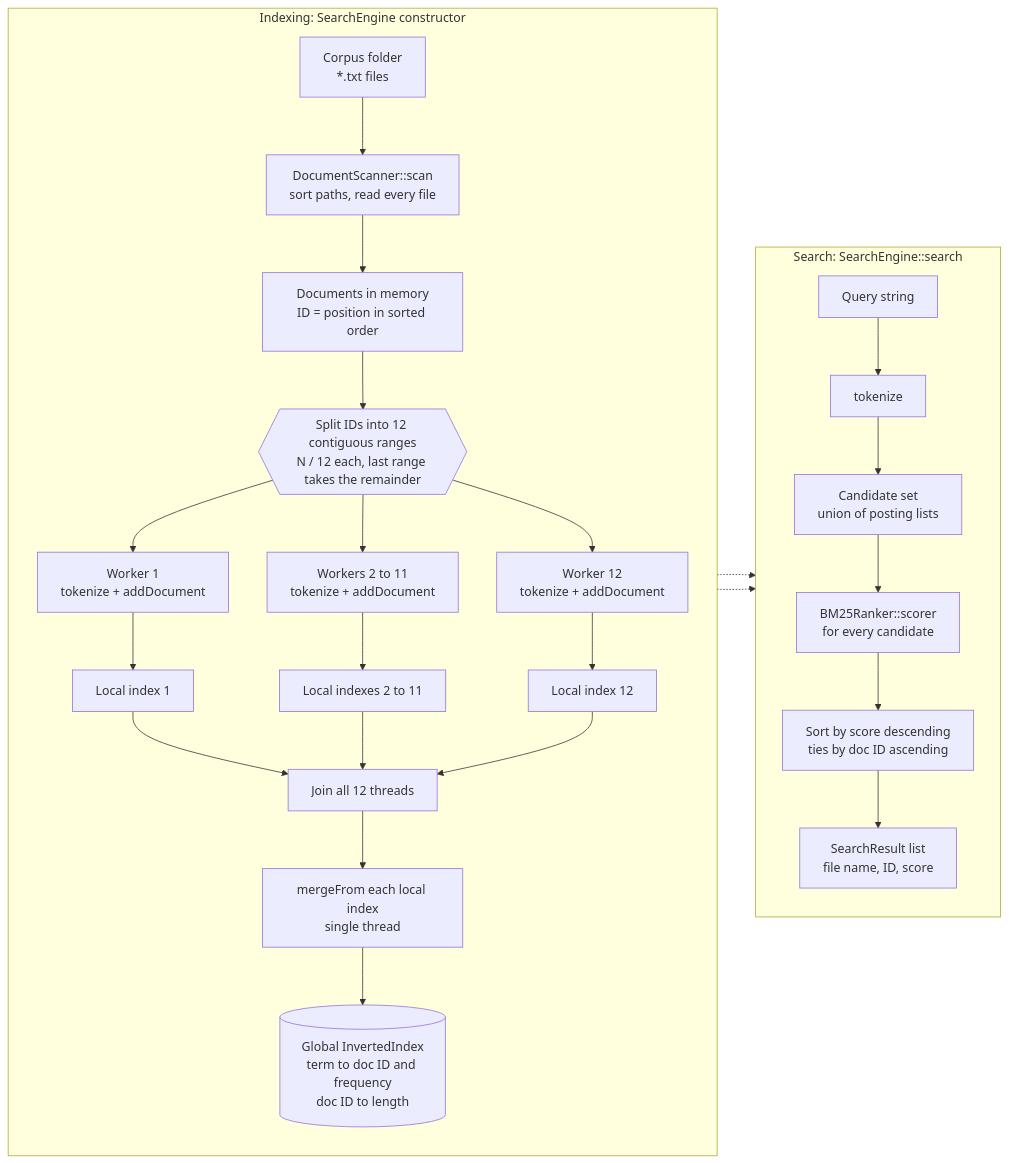
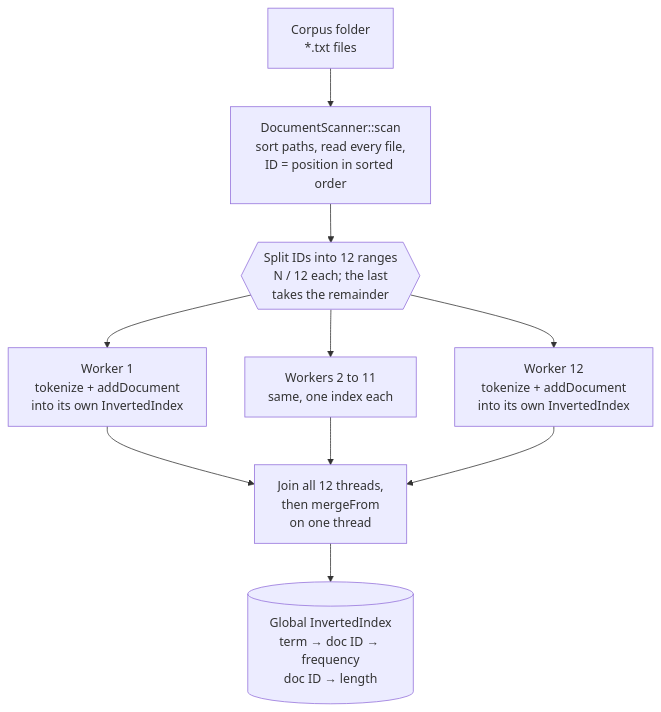
The first of 2 diagrams in README.md (jagritsinghsheoran-bit/cpp-file-search-engine), drawn with Mermaid before and after one commit. The commit also changed other lines of this file, not shown here.

Commit message:
Fix README diagrams and rename benchmark screenshots

````diff
--- a/README.md
+++ b/README.md
@@ -49,30 +51,12 @@
 ```mermaid
-flowchart LR
-    subgraph IDX["Indexing: SearchEngine constructor"]
-        direction TB
-        A["Corpus folder<br/>*.txt files"] --> B["DocumentScanner::scan<br/>sort paths, read every file"]
-        B --> C["Documents in memory<br/>ID = position in sorted order"]
-        C --> P{{"Split IDs into 12 contiguous ranges<br/>N / 12 each, last range takes the remainder"}}
-        P --> W1["Worker 1<br/>tokenize + addDocument"]
-        P --> W2["Workers 2 to 11<br/>tokenize + addDocument"]
-        P --> W12["Worker 12<br/>tokenize + addDocument"]
-        W1 --> L1["Local index 1"]
-        W2 --> L2["Local indexes 2 to 11"]
-        W12 --> L12["Local index 12"]
-        L1 & L2 & L12 --> J["Join all 12 threads"]
-        J --> M["mergeFrom each local index<br/>single thread"]
-        M --> G[("Global InvertedIndex<br/>term to doc ID and frequency<br/>doc ID to length")]
-    end
-
-    subgraph SRCH["Search: SearchEngine::search"]
-        direction TB
-        Q["Query string"] --> T["tokenize"]
-        T --> U["Candidate set<br/>union of posting lists"]
-        U --> S["BM25Ranker::scorer<br/>for every candidate"]
-        S --> R["Sort by score descending<br/>ties by doc ID ascending"]
-        R --> O["SearchResult list<br/>file name, ID, score"]
-    end
-
-    G -.-> U
-    G -.-> S
+flowchart TB
+    A["Corpus folder<br/>*.txt files"] --> B["DocumentScanner::scan<br/>sort paths, read every file,<br/>ID = position in sorted order"]
+    B --> P{{"Split IDs into 12 ranges<br/>N / 12 each; the last<br/>takes the remainder"}}
+    P --> W1["Worker 1<br/>tokenize + addDocument<br/>into its own InvertedIndex"]
+    P --> W2["Workers 2 to 11<br/>same, one index each"]
+    P --> W12["Worker 12<br/>tokenize + addDocument<br/>into its own InvertedIndex"]
+    W1 --> M["Join all 12 threads,<br/>then mergeFrom<br/>on one thread"]
+    W2 --> M
+    W12 --> M
+    M --> G[("Global InvertedIndex<br/>term → doc ID → frequency<br/>doc ID → length")]
 ```
````
